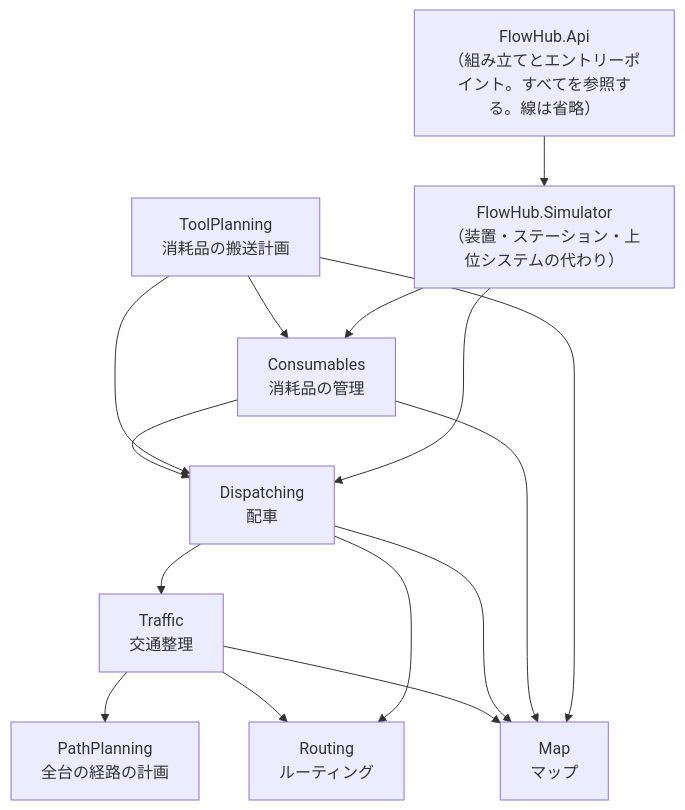
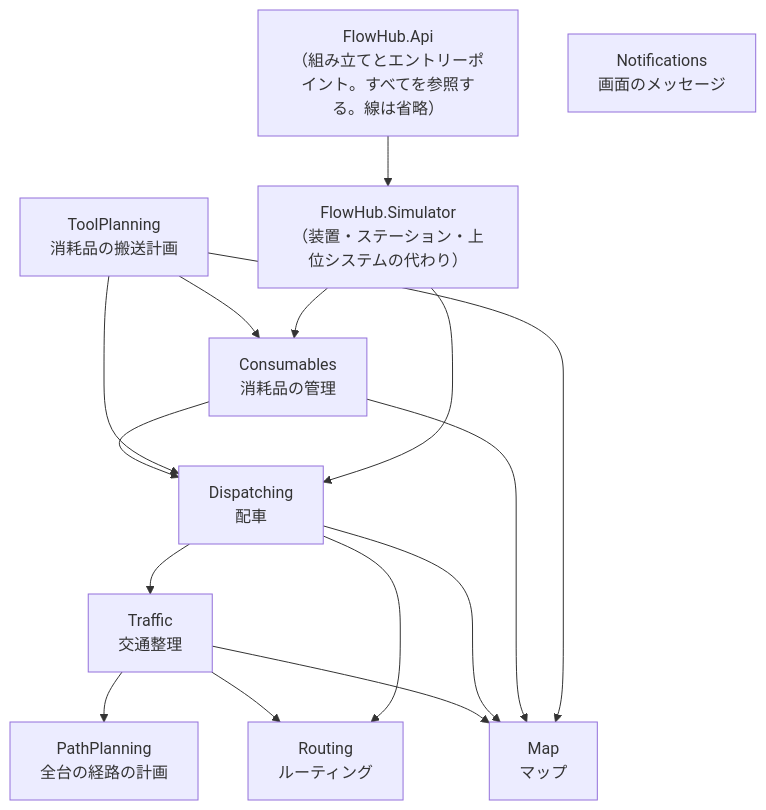
One commit to kkobaoh/flow-hub changed the third of 3 diagrams in CLAUDE.md. Above: the diagram before and after it, drawn with Mermaid. The commit also changed other lines of this file and 29 other files, not shown here.

````diff
--- a/CLAUDE.md
+++ b/CLAUDE.md
@@ -222,27 +224,28 @@
 ```mermaid
 flowchart TD
     Api["FlowHub.Api<br/>（組み立てとエントリーポイント。すべてを参照する。線は省略）"]
     Simulator["FlowHub.Simulator<br/>（装置・ステーション・上位システムの代わり）"]
     ToolPlanning["ToolPlanning<br/>消耗品の搬送計画"]
     Consumables["Consumables<br/>消耗品の管理"]
     Dispatching["Dispatching<br/>配車"]
     Traffic["Traffic<br/>交通整理"]
     Routing["Routing<br/>ルーティング"]
     PathPlanning["PathPlanning<br/>全台の経路の計画"]
     Map["Map<br/>マップ"]
+    Notifications["Notifications<br/>画面のメッセージ"]
 
     Api --> Simulator
     Simulator --> Consumables
     Simulator --> Dispatching
     ToolPlanning --> Consumables
     ToolPlanning --> Dispatching
     ToolPlanning --> Map
     Consumables --> Dispatching
     Consumables --> Map
     Dispatching --> Traffic
     Dispatching --> Routing
     Dispatching --> Map
     Traffic --> Routing
     Traffic --> PathPlanning
     Traffic --> Map
 ```
````
